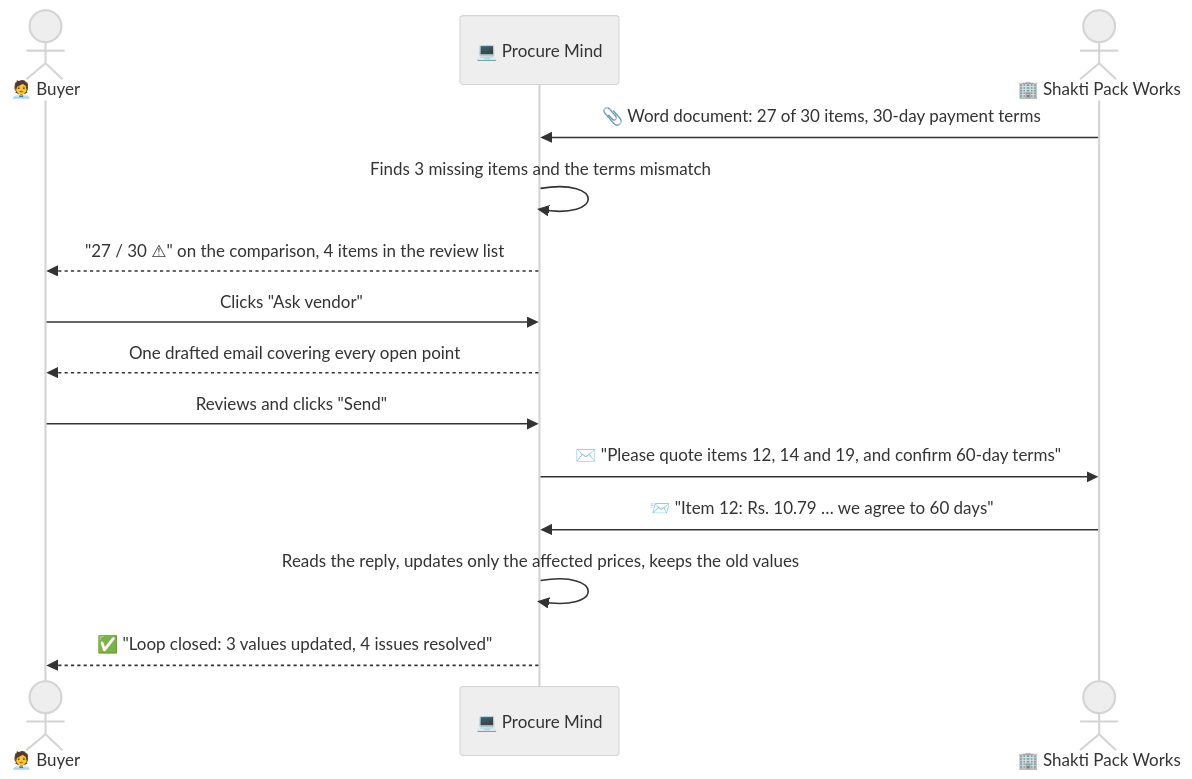
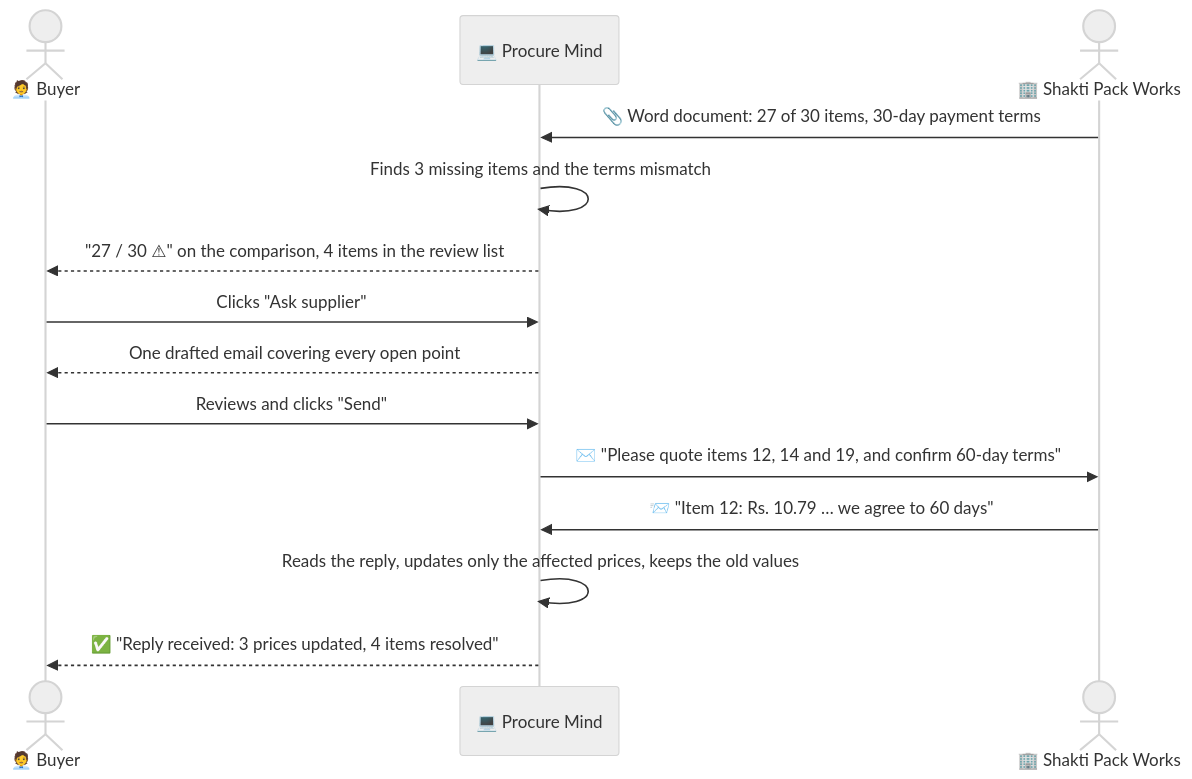
One commit to pavan-vepada/ProcureMind changed the second of 2 diagrams in docs/02-user-journeys.md. Above: the diagram before and after it, drawn with Mermaid (neutral theme). The commit also changed other lines of this file and 68 other files, not shown here.

````diff
--- a/docs/02-user-journeys.md
+++ b/docs/02-user-journeys.md
@@ -90,16 +90,16 @@
 ```mermaid
 sequenceDiagram
   actor Buyer as 🧑‍💼 Buyer
   participant PM as 💻 Procure Mind
   actor Supplier as 🏢 Shakti Pack Works
   Supplier->>PM: 📎 Word document: 27 of 30 items, 30-day payment terms
   PM->>PM: Finds 3 missing items and the terms mismatch
   PM-->>Buyer: "27 / 30 ⚠" on the comparison, 4 items in the review list
-  Buyer->>PM: Clicks "Ask vendor"
+  Buyer->>PM: Clicks "Ask supplier"
   PM-->>Buyer: One drafted email covering every open point
   Buyer->>PM: Reviews and clicks "Send"
   PM->>Supplier: ✉️ "Please quote items 12, 14 and 19, and confirm 60-day terms"
   Supplier->>PM: 📨 "Item 12: Rs. 10.79 … we agree to 60 days"
   PM->>PM: Reads the reply, updates only the affected prices, keeps the old values
-  PM-->>Buyer: ✅ "Loop closed: 3 values updated, 4 issues resolved"
+  PM-->>Buyer: ✅ "Reply received: 3 prices updated, 4 items resolved"
 ```
````
